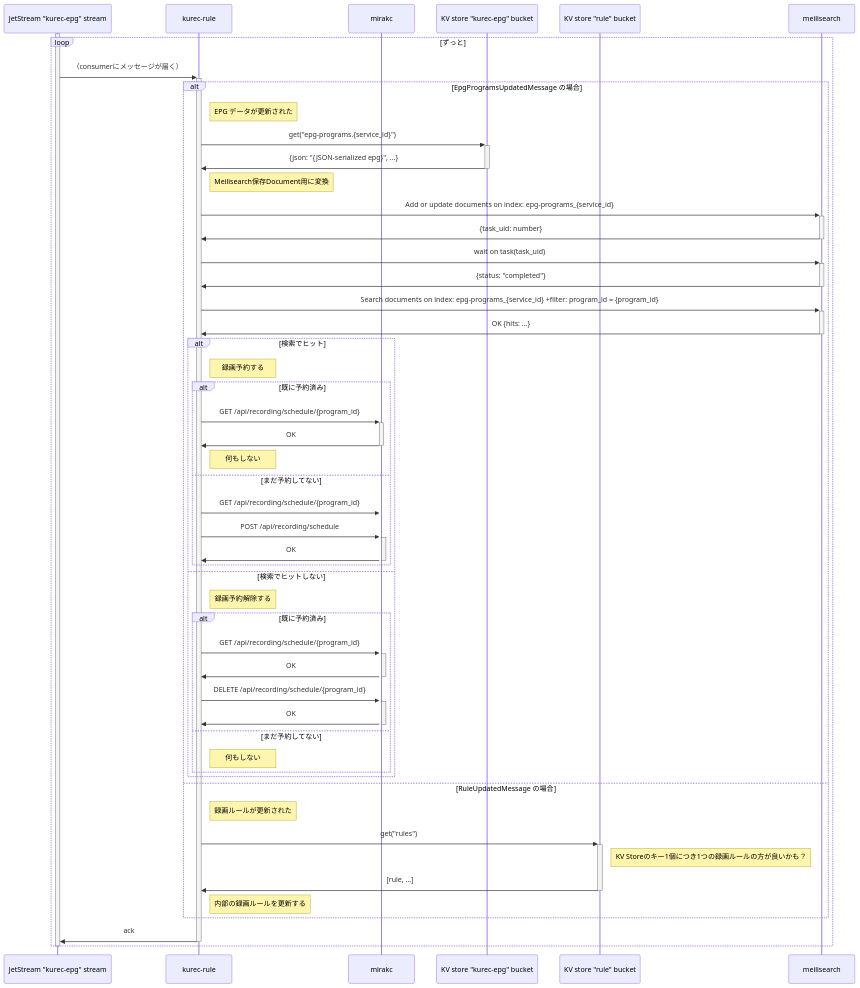
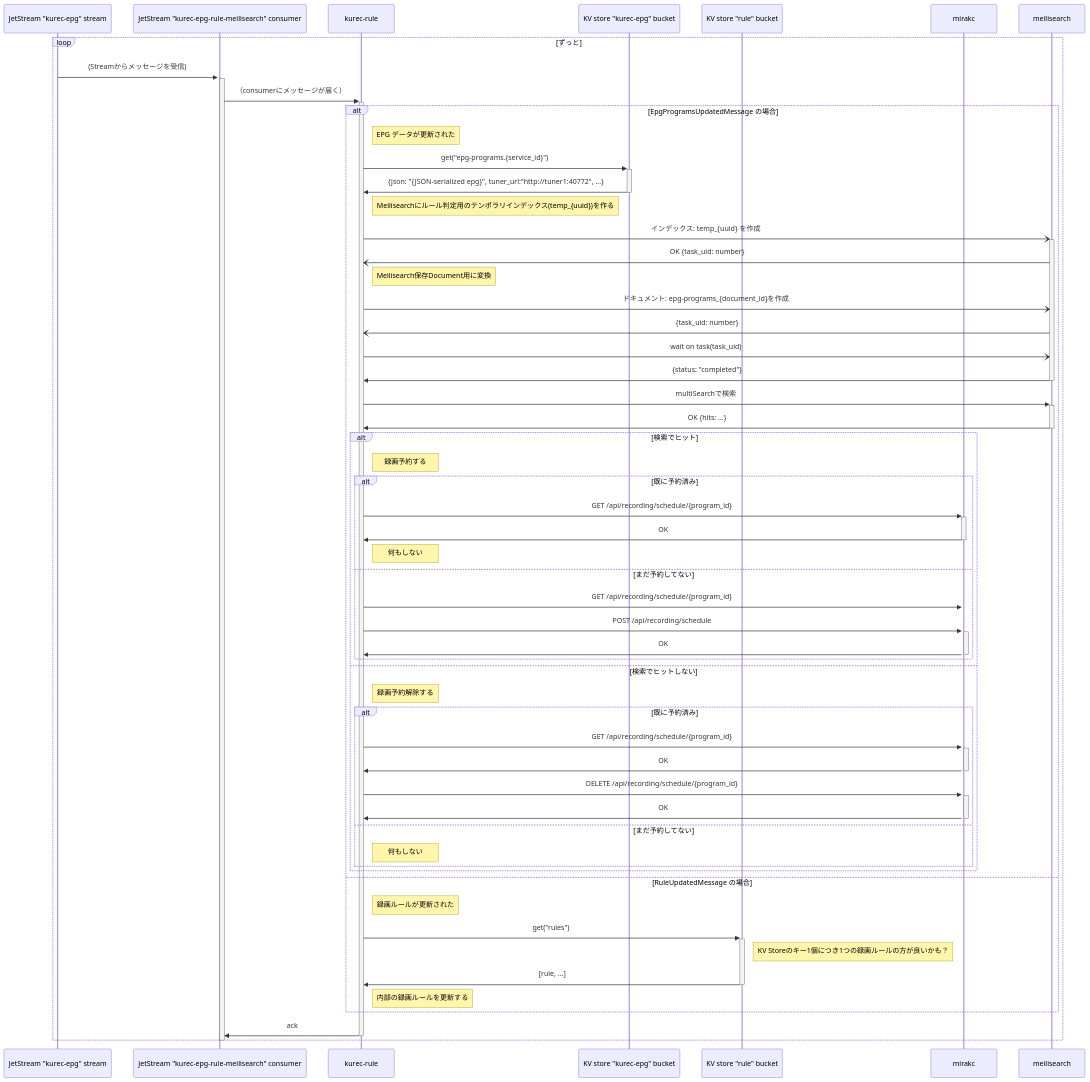
The second of 3 diagrams in docs/sequence.md (kurec-tool/kurec), drawn with Mermaid before and after one commit. The commit also changed other lines of this file, not shown here.

Commit message:
ドキュメント更新

````diff
--- a/docs/sequence.md
+++ b/docs/sequence.md
@@ -57,66 +63,72 @@
 ```mermaid
 sequenceDiagram
 
-participant js-epg as JetStream "kurec-epg" stream
+participant js-epg-stream as JetStream "kurec-epg" stream
+participant js-epg as JetStream "kurec-epg-rule-meilisearch" consumer
 participant kurec-rule
 
-participant mirakc
 participant kv-bucket-epg as KV store "kurec-epg" bucket
 participant kv-bucket-rule as KV store "rule" bucket
 
+participant mirakc
 participant meilisearch
 
 activate js-epg
 loop ずっと
+    js-epg-stream ->>+ js-epg: (Streamからメッセージを受信)
     js-epg ->>+ kurec-rule: （consumerにメッセージが届く）
 
     alt EpgProgramsUpdatedMessage の場合
         note right of kurec-rule: EPG データが更新された
         kurec-rule ->>+ kv-bucket-epg: get("epg-programs.{service_id}")
-        kv-bucket-epg ->>- kurec-rule: {json: "{JSON-serialized epg}", ...}
+        kv-bucket-epg ->>- kurec-rule: {json: "{JSON-serialized epg}", tuner_url:"http://tuner1:40772", ...}
+
+        note right of kurec-rule: Meilisearchにルール判定用のテンポラリインデックス(temp_{uuid})を作る
+        kurec-rule -)+ meilisearch: インデックス: temp_{uuid} を作成
+        meilisearch -) kurec-rule: OK {task_uid: number}
 
         note right of kurec-rule: Meilisearch保存Document用に変換
-        kurec-rule ->>+ meilisearch: Add or update documents on index: epg-programs_{service_id}
-        meilisearch ->>- kurec-rule: {task_uid: number}
+        kurec-rule -) meilisearch: ドキュメント: epg-programs_{document_id}を作成
+        meilisearch -) kurec-rule: {task_uid: number}
 
-        kurec-rule ->>+ meilisearch: wait on task(task_uid)
+        kurec-rule -) meilisearch: wait on task(task_uid)
         meilisearch ->>- kurec-rule: {status: "completed"}
 
-        kurec-rule ->>+ meilisearch: Search documents on index: epg-programs_{service_id} +filter: program_id = {program_id}
+        kurec-rule ->>+ meilisearch: multiSearchで検索
         meilisearch ->>- kurec-rule: OK {hits: ...}
 
         alt 検索でヒット
             note right of kurec-rule: 録画予約する
             alt 既に予約済み
                 kurec-rule ->>+ mirakc: GET /api/recording/schedule/{program_id}
                 mirakc ->>- kurec-rule: OK
                 note right of kurec-rule: 何もしない
             else まだ予約してない
                 kurec-rule ->>+ mirakc: GET /api/recording/schedule/{program_id}
                 kurec-rule ->>+ mirakc: POST /api/recording/schedule
                 mirakc ->>- kurec-rule: OK
             end
         else 検索でヒットしない
             note right of kurec-rule: 録画予約解除する
             alt 既に予約済み
                 kurec-rule ->>+ mirakc: GET /api/recording/schedule/{program_id}
                 mirakc ->>- kurec-rule: OK
                 kurec-rule ->>+ mirakc: DELETE /api/recording/schedule/{program_id}
                 mirakc ->>- kurec-rule: OK
             else まだ予約してない
                 note right of kurec-rule: 何もしない
             end
         end
 
     else RuleUpdatedMessage の場合
         note right of kurec-rule: 録画ルールが更新された
         kurec-rule ->>+ kv-bucket-rule: get("rules")
         note right of kv-bucket-rule: KV Storeのキー1個につき1つの録画ルールの方が良いかも？
         kv-bucket-rule ->>- kurec-rule: [rule, ...]
         note right of kurec-rule: 内部の録画ルールを更新する
     end
 
     kurec-rule ->>- js-epg: ack
 end
 deactivate js-epg
 ```
````
